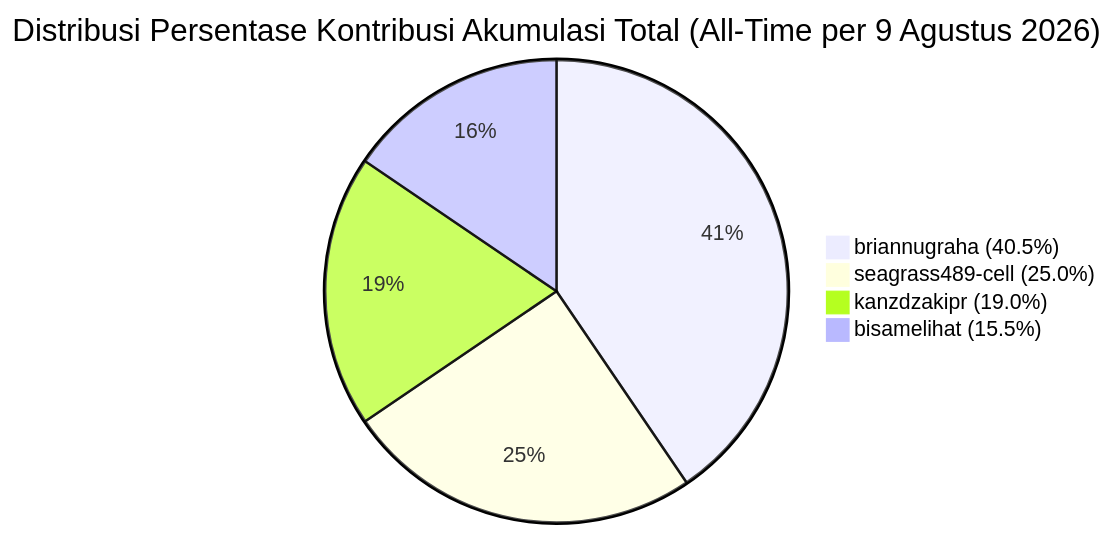
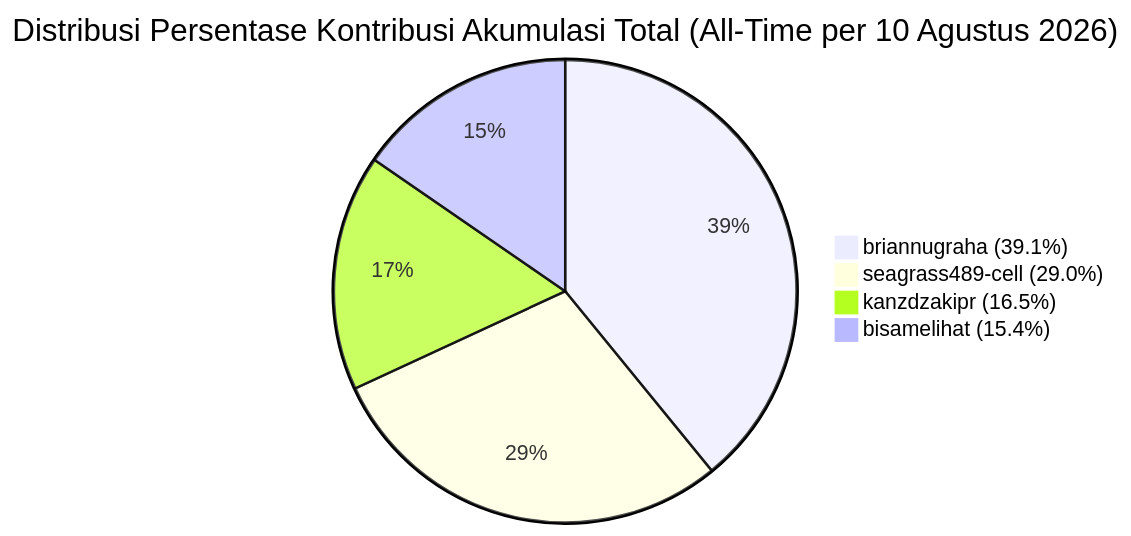
The first of 3 diagrams in KONTRIBUSI_TIM.md (kanzdzakipr/ServicePlan-BRA), drawn with Mermaid before and after one commit. The commit also changed other lines of this file, not shown here.

````diff
--- a/KONTRIBUSI_TIM.md
+++ b/KONTRIBUSI_TIM.md
@@ -58,7 +75,7 @@
 ```mermaid
-pie title Distribusi Persentase Kontribusi Akumulasi Total (All-Time per 9 Agustus 2026)
-    "briannugraha (40.5%)" : 40.5
-    "seagrass489-cell (25.0%)" : 25.0
-    "kanzdzakipr (19.0%)" : 19.0
-    "bisamelihat (15.5%)" : 15.5
+pie title Distribusi Persentase Kontribusi Akumulasi Total (All-Time per 10 Agustus 2026)
+    "briannugraha (39.1%)" : 39.1
+    "seagrass489-cell (29.0%)" : 29.0
+    "kanzdzakipr (16.5%)" : 16.5
+    "bisamelihat (15.4%)" : 15.4
 ```
````
